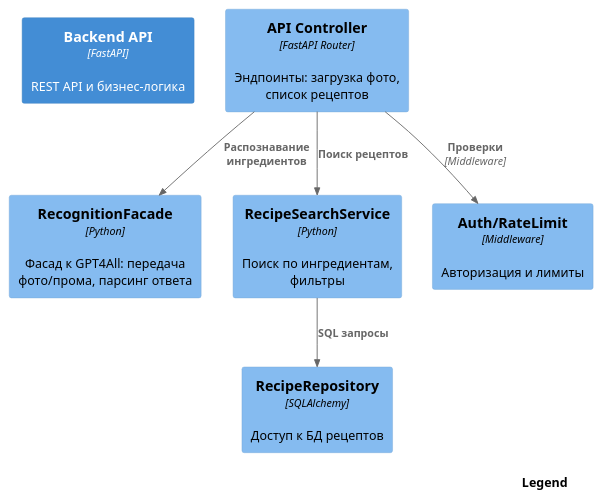
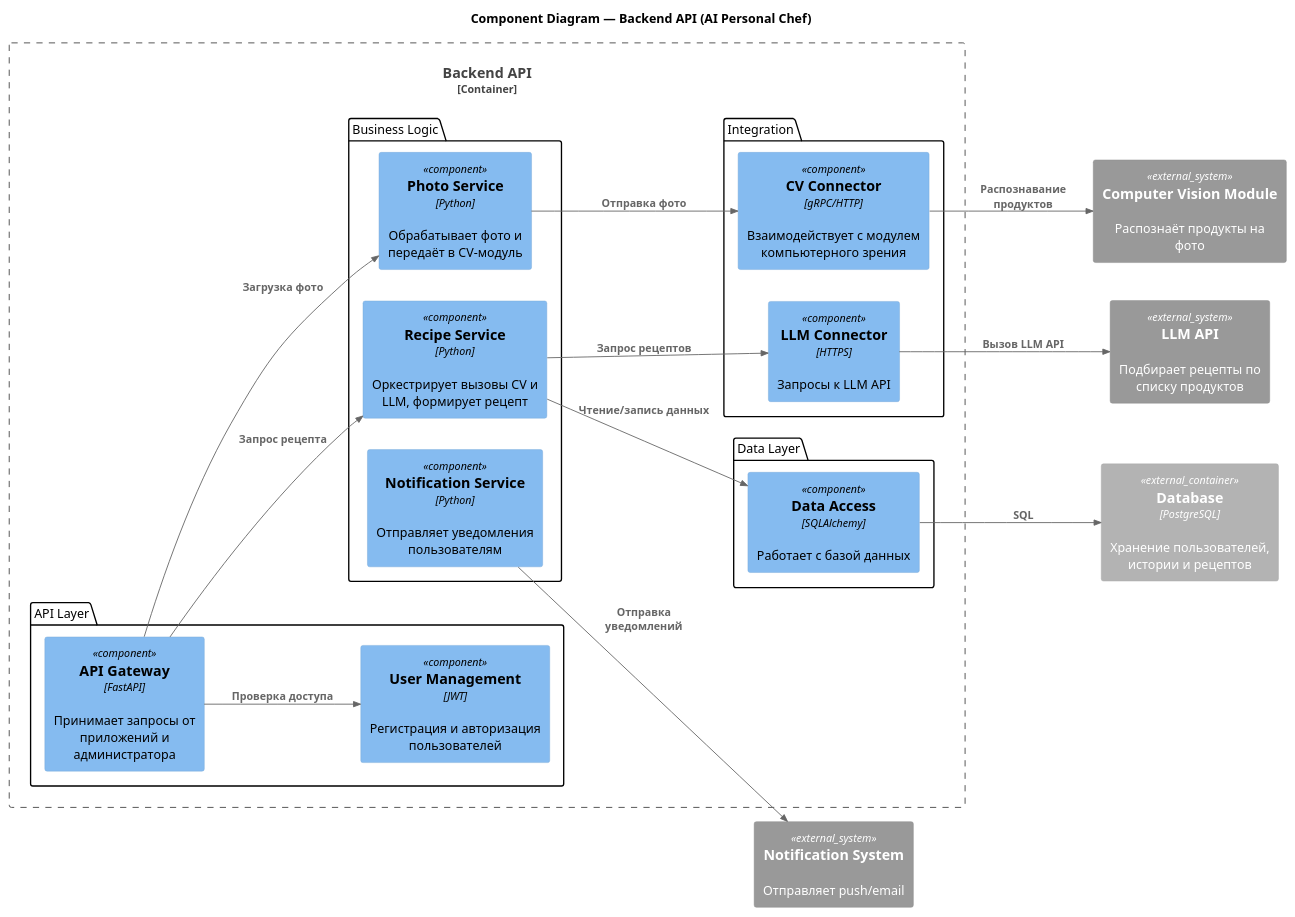
One commit to vstu-sii/bachelor-2025-team-deep-logic changed the diagram in docs/architecture/components-backend.puml. Above: the diagram before and after it, drawn with PlantUML.

```diff
--- a/docs/architecture/components-backend.puml
+++ b/docs/architecture/components-backend.puml
@@ -1,20 +1,48 @@
 @startuml
-!include https://raw.githubusercontent.com/plantuml-stdlib/C4-PlantUML/master/C4_Component.puml
+!includeurl https://raw.githubusercontent.com/plantuml-stdlib/C4-PlantUML/master/C4_Component.puml
 
-LAYOUT_WITH_LEGEND()
-SHOW_LEGEND()
+title Component Diagram — Backend API (AI Personal Chef)
 
-Container(be, "Backend API", "FastAPI", "REST API и бизнес-логика")
+LAYOUT_LEFT_RIGHT()
 
-Component(api, "API Controller", "FastAPI Router", "Эндпоинты: загрузка фото, список рецептов")
-Component(rec, "RecognitionFacade", "Python", "Фасад к GPT4All: передача фото/прома, парсинг ответа")
-Component(search, "RecipeSearchService", "Python", "Поиск по ингредиентам, фильтры")
-Component(repo, "RecipeRepository", "SQLAlchemy", "Доступ к БД рецептов")
-Component(auth, "Auth/RateLimit", "Middleware", "Авторизация и лимиты")
+Container_Boundary(api, "Backend API") {
+    package "API Layer" {
+        Component(apiGateway, "API Gateway", "FastAPI", "Принимает запросы от приложений и администратора")
+        Component(auth, "User Management", "JWT", "Регистрация и авторизация пользователей")
+    }
 
-Rel(api, rec, "Распознавание ингредиентов")
-Rel(api, search, "Поиск рецептов")
-Rel(search, repo, "SQL запросы")
-Rel(api, auth, "Проверки", "Middleware")
+    package "Business Logic" {
+        Component(photoHandler, "Photo Service", "Python", "Обрабатывает фото и передаёт в CV-модуль")
+        Component(recipeOrchestrator, "Recipe Service", "Python", "Оркестрирует вызовы CV и LLM, формирует рецепт")
+        Component(notificationMgr, "Notification Service", "Python", "Отправляет уведомления пользователям")
+    }
+
+    package "Integration" {
+        Component(cvIntegration, "CV Connector", "gRPC/HTTP", "Взаимодействует с модулем компьютерного зрения")
+        Component(llmIntegration, "LLM Connector", "HTTPS", "Запросы к LLM API")
+    }
+
+    package "Data Layer" {
+        Component(dataAccess, "Data Access", "SQLAlchemy", "Работает с базой данных")
+    }
+}
+
+' --- Внешние системы ---
+System_Ext(cvModule, "Computer Vision Module", "Распознаёт продукты на фото")
+System_Ext(llm, "LLM API", "Подбирает рецепты по списку продуктов")
+System_Ext(notify, "Notification System", "Отправляет push/email")
+Container_Ext(db, "Database", "PostgreSQL", "Хранение пользователей, истории и рецептов")
+
+' --- Связи ---
+Rel(apiGateway, auth, "Проверка доступа")
+Rel(apiGateway, photoHandler, "Загрузка фото")
+Rel(photoHandler, cvIntegration, "Отправка фото")
+Rel(cvIntegration, cvModule, "Распознавание продуктов")
+Rel(recipeOrchestrator, llmIntegration, "Запрос рецептов")
+Rel(llmIntegration, llm, "Вызов LLM API")
+Rel(apiGateway, recipeOrchestrator, "Запрос рецепта")
+Rel(recipeOrchestrator, dataAccess, "Чтение/запись данных")
+Rel(dataAccess, db, "SQL")
+Rel(notificationMgr, notify, "Отправка уведомлений")
 
 @enduml
```
